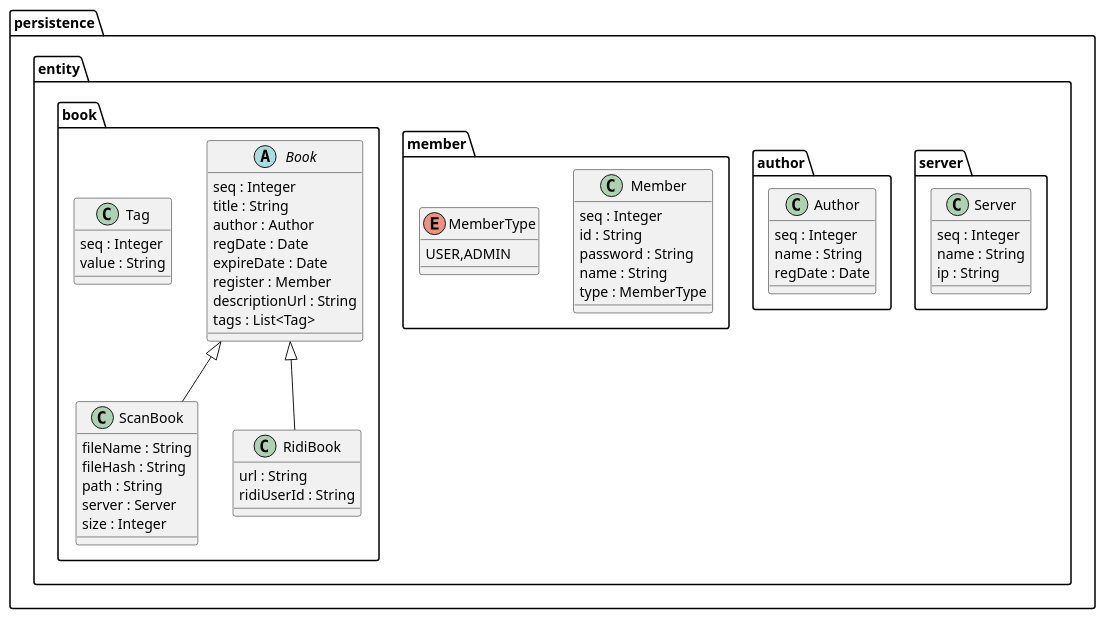
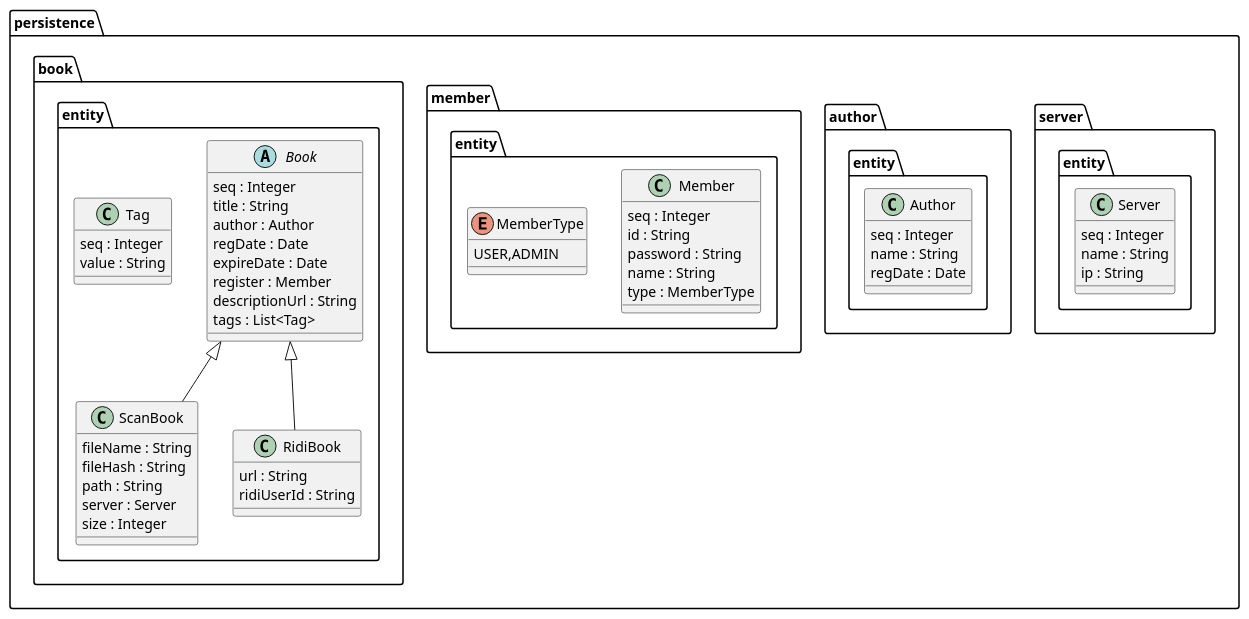
The diagram in uml/all-class-diagram.puml (glqdlt/myhome-manager), drawn with PlantUML before and after one commit. The commit also changed 1 other file, not shown here.

Commit message:
클래스 다이어그램 수정

```diff
--- a/uml/all-class-diagram.puml
+++ b/uml/all-class-diagram.puml
@@ -1,68 +1,68 @@
 @startuml
 
 
-package persistence.entity.server{
+package persistence.server.entity{
 
     class Server{
     seq : Integer
     name : String
     ip : String
     }
 
 }
 
-package persistence.entity.author{
+package persistence.author.entity{
     class Author{
         seq : Integer
         name : String
         regDate : Date
     }
 }
 
-package persistence.entity.member{
+package persistence.member.entity{
 class Member {
     seq : Integer
     id : String
     password : String
     name : String
     type : MemberType
 }
 
 enum MemberType{
    USER,ADMIN
 }
 }
-package persistence.entity.book {
+package persistence.book.entity {
 abstract class Book{
     seq : Integer
     title : String
     author : Author
     regDate : Date
     expireDate : Date
     register : Member
     descriptionUrl : String
     tags : List<Tag>
 }
 
 class Tag {
     seq : Integer
     value : String
 }
 Book <|-- ScanBook
 Book <|-- RidiBook
 
 class ScanBook{
     fileName : String
     fileHash : String
     path : String
     server : Server
     size : Integer
 }
 
 class RidiBook{
     url : String
     ridiUserId : String
 }
 }
 
 @enduml
```
